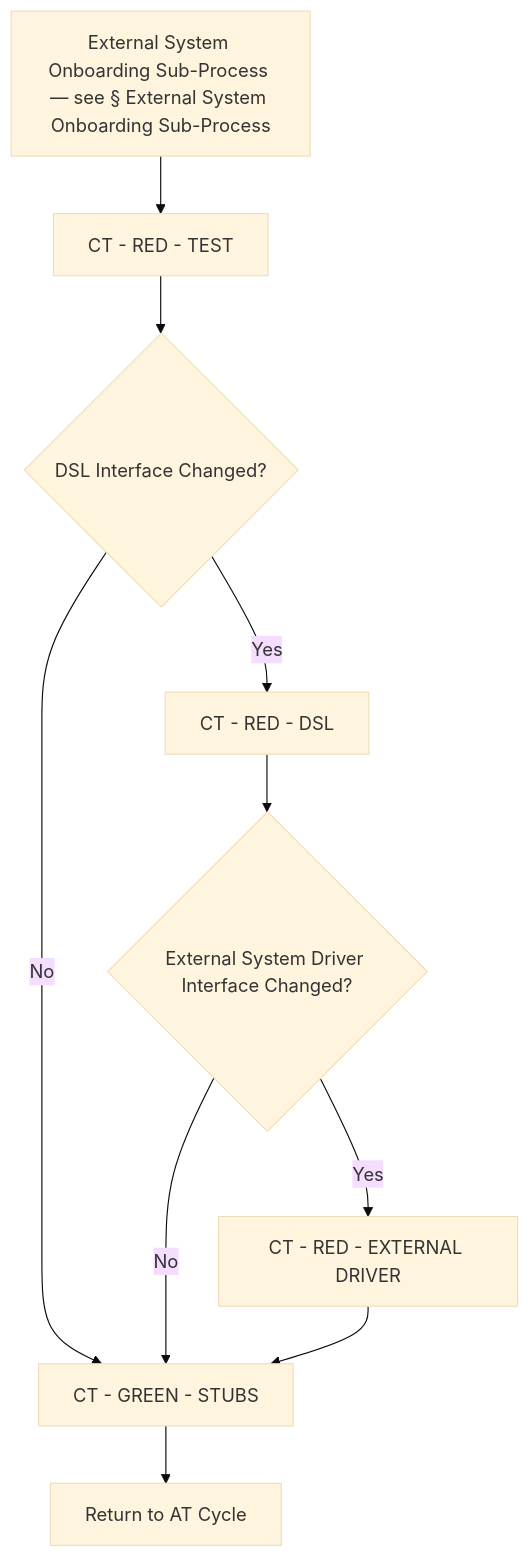
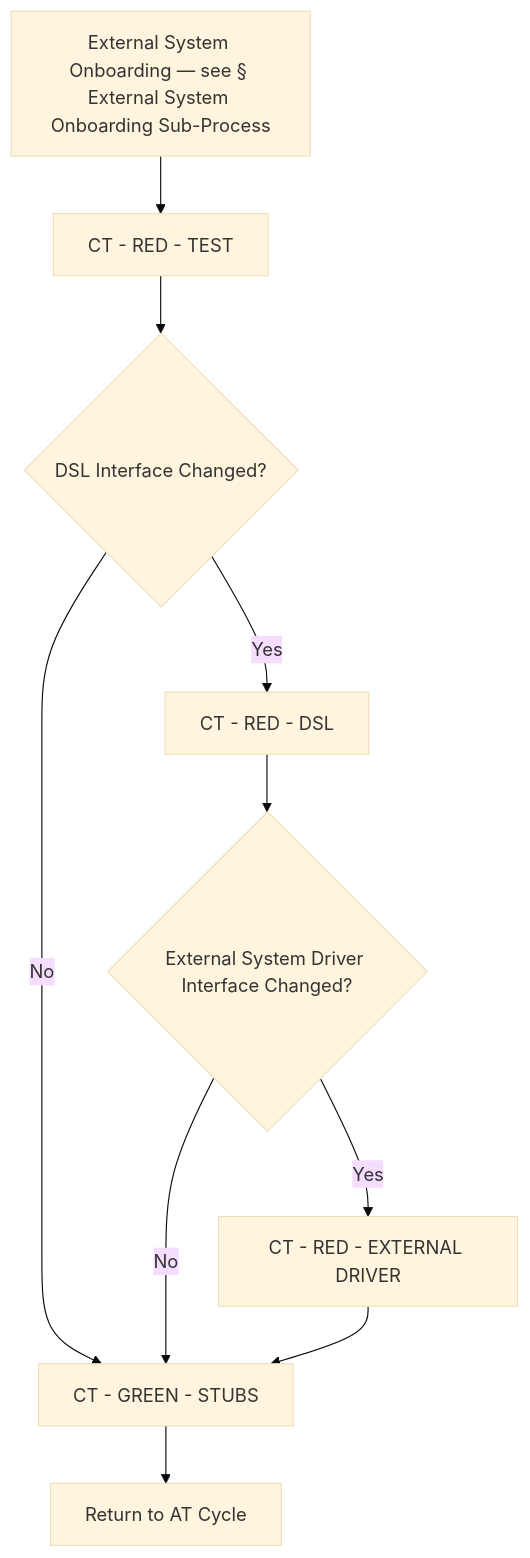
Before and after one commit to optivem/starter: the fourth of 10 diagrams in docs/atdd/process/diagram-process.md, drawn with Mermaid (base theme). The commit also changed other lines of this file and 19 other files, not shown here.

````diff
--- a/docs/atdd/process/diagram-process.md
+++ b/docs/atdd/process/diagram-process.md
@@ -144,21 +143,21 @@
 ```mermaid
 flowchart TD
-    ONBOARD[External System Onboarding Sub-Process — see § External System Onboarding Sub-Process]
+    ONBOARD[External System Onboarding — see § External System Onboarding Sub-Process]
     CT_RED_TEST[CT - RED - TEST]
-    GATE_DSL{DSL Interface Changed?}
+    DSL_GATE{DSL Interface Changed?}
     CT_RED_DSL[CT - RED - DSL]
-    GATE_EXT{External System Driver Interface Changed?}
+    EXT_GATE{External System Driver Interface Changed?}
     CT_RED_EXT_DRIVER[CT - RED - EXTERNAL DRIVER]
     CT_GREEN_STUBS[CT - GREEN - STUBS]
     RETURN[Return to AT Cycle]
 
     ONBOARD --> CT_RED_TEST
-    CT_RED_TEST --> GATE_DSL
-    GATE_DSL -->|No| CT_GREEN_STUBS
-    GATE_DSL -->|Yes| CT_RED_DSL
-    CT_RED_DSL --> GATE_EXT
-    GATE_EXT -->|No| CT_GREEN_STUBS
-    GATE_EXT -->|Yes| CT_RED_EXT_DRIVER
+    CT_RED_TEST --> DSL_GATE
+    DSL_GATE -->|No| CT_GREEN_STUBS
+    DSL_GATE -->|Yes| CT_RED_DSL
+    CT_RED_DSL --> EXT_GATE
+    EXT_GATE -->|No| CT_GREEN_STUBS
+    EXT_GATE -->|Yes| CT_RED_EXT_DRIVER
     CT_RED_EXT_DRIVER --> CT_GREEN_STUBS
     CT_GREEN_STUBS --> RETURN
 ```
````
